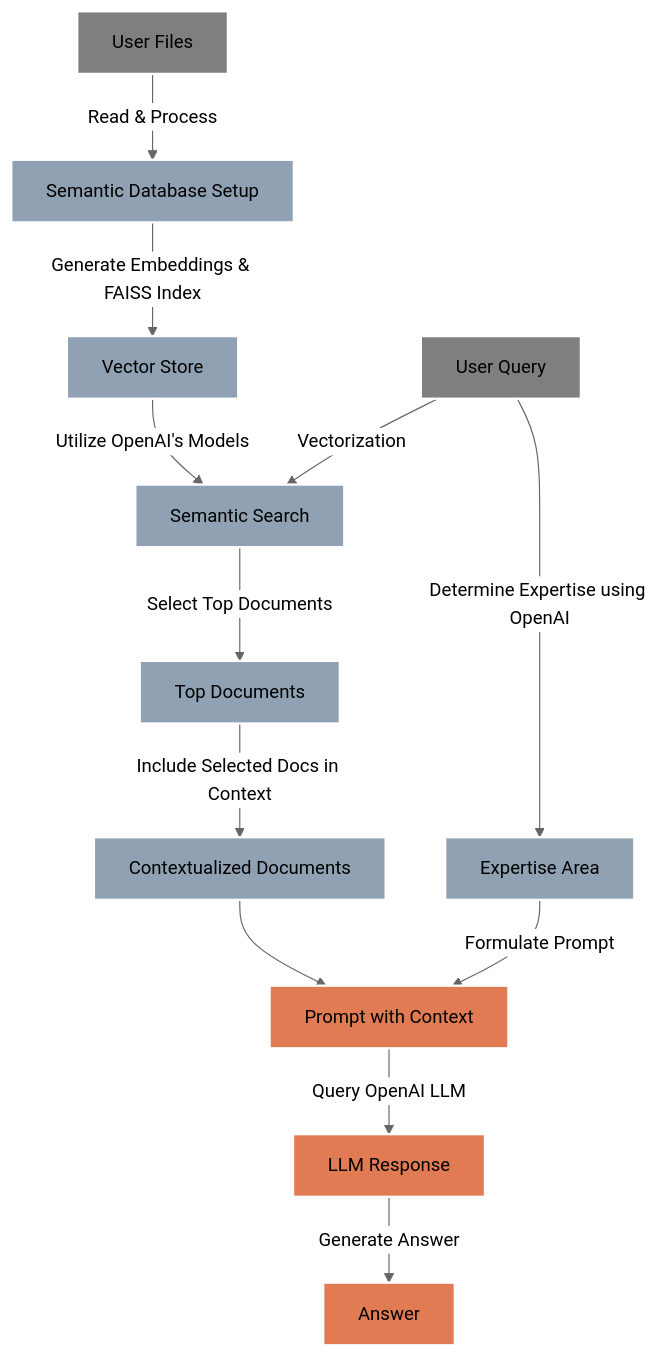
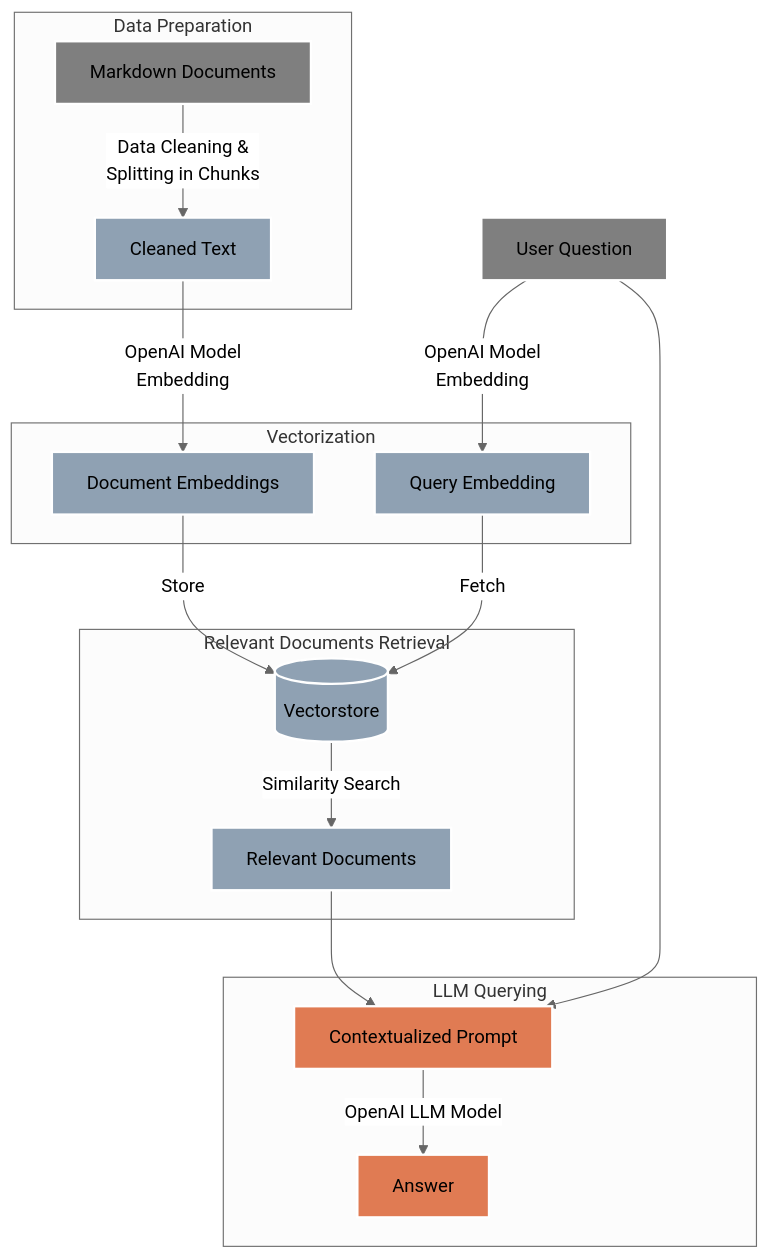
Before and after one commit to labrijisaad/LLM-RAG: the diagram in README.md, drawn with Mermaid (neutral theme). The commit also changed other lines of this file, not shown here.

Commit message:
Updated the Readme file

````diff
--- a/README.md
+++ b/README.md
@@ -38,26 +38,45 @@
 ```mermaid
 graph TD
-    A[User Files] -->|Read & Process| B[Semantic Database Setup]
-    B -->|Generate Embeddings & FAISS Index| C[Vector Store]
-    C -->|Utilize OpenAI's Models| D[Semantic Search]
-    E[User Query] -->|Vectorization| D
-    D -->|Select Top Documents| F[Top Documents]
-    F -->|Include Selected Docs in Context| G[Contextualized Documents]
-    E -->|Determine Expertise using OpenAI| H[Expertise Area]
-    H -->|Formulate Prompt| I[Prompt with Context]
-    G --> I
-    I -->|Query OpenAI LLM| J[LLM Response]
-    J -->|Generate Answer| K[Answer]
-
+    A[Markdown Documents] -->|Data Cleaning &<br>Splitting in Chunks| B[Cleaned Text]
+    B -->|OpenAI Model<br>Embedding| C[Document Embeddings]
+    C -->|Store| D[(Vectorstore)]
+    D -->|Similarity Search| E[Relevant Documents]
+ 
+    F[User Question] -->|OpenAI Model<br>Embedding| G[Query Embedding]
+    G -->|Fetch| D
+ 
+    F --> J[Contextualized Prompt]
+    E --> J
+    J -->|OpenAI LLM Model| L[Answer]
+ 
+    subgraph Data Preparation
+        A
+        B
+    end
+ 
+    subgraph Vectorization
+        C
+        G
+    end
+ 
+    subgraph Relevant Documents Retrieval
+        D
+        E
+    end
+ 
+    subgraph LLM Querying
+        J
+        L
+    end
+ 
+    %% Styles
     style A fill:#7f7f7f,stroke:#fff,stroke-width:2px
     style B fill:#8fa1b3,stroke:#fff,stroke-width:2px
     style C fill:#8fa1b3,stroke:#fff,stroke-width:2px
     style D fill:#8fa1b3,stroke:#fff,stroke-width:2px
-    style E fill:#7f7f7f,stroke:#fff,stroke-width:2px
-    style F fill:#8fa1b3,stroke:#fff,stroke-width:2px
+    style E fill:#8fa1b3,stroke:#fff,stroke-width:2px
+    style F fill:#7f7f7f,stroke:#fff,stroke-width:2px
     style G fill:#8fa1b3,stroke:#fff,stroke-width:2px
-    style H fill:#8fa1b3,stroke:#fff,stroke-width:2px
-    style I fill:#e07b53,stroke:#fff,stroke-width:2px
     style J fill:#e07b53,stroke:#fff,stroke-width:2px
-    style K fill:#e07b53,stroke:#fff,stroke-width:2px
+    style L fill:#e07b53,stroke:#fff,stroke-width:2px
 ```
````
